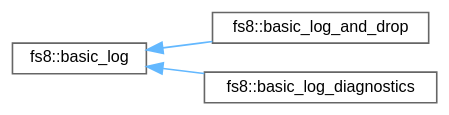
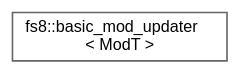
Before and after one commit to the-moisrex/foresight: the diagram in api/inherit_graph_39.dot, drawn with Graphviz. The commit also changed 228 other files, not shown here.

```diff
--- a/api/inherit_graph_39.dot
+++ b/api/inherit_graph_39.dot
@@ -1,13 +1,9 @@
 digraph "Graphical Class Hierarchy"
 {
  // LATEX_PDF_SIZE
   bgcolor="transparent";
   edge [fontname=Helvetica,fontsize=10,labelfontname=Helvetica,labelfontsize=10];
   node [fontname=Helvetica,fontsize=10,shape=box,height=0.2,width=0.4];
   rankdir="LR";
-  Node0 [id="Node000000",label="fs8::basic_log",height=0.2,width=0.4,color="grey40", fillcolor="white", style="filled",URL="$structfs8_1_1basic__log.html",tooltip=" "];
-  Node0 -> Node1 [id="edge3_Node000000_Node000001",dir="back",color="steelblue1",style="solid",tooltip=" "];
-  Node1 [id="Node000001",label="fs8::basic_log_and_drop",height=0.2,width=0.4,color="grey40", fillcolor="white", style="filled",URL="$structfs8_1_1basic__log__and__drop.html",tooltip="Drop-and-log callback: logs the event and returns drop_event."];
-  Node0 -> Node2 [id="edge4_Node000000_Node000002",dir="back",color="steelblue1",style="solid",tooltip=" "];
-  Node2 [id="Node000002",label="fs8::basic_log_diagnostics",height=0.2,width=0.4,color="grey40", fillcolor="white", style="filled",URL="$structfs8_1_1basic__log__diagnostics.html",tooltip=" "];
+  Node0 [id="Node000000",label="fs8::basic_mod_updater\l\< ModT \>",height=0.2,width=0.4,color="grey40", fillcolor="white", style="filled",URL="$structfs8_1_1basic__mod__updater.html",tooltip=" "];
 }
```
